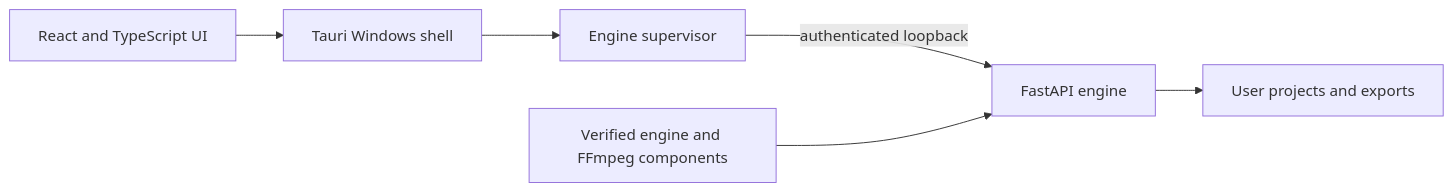
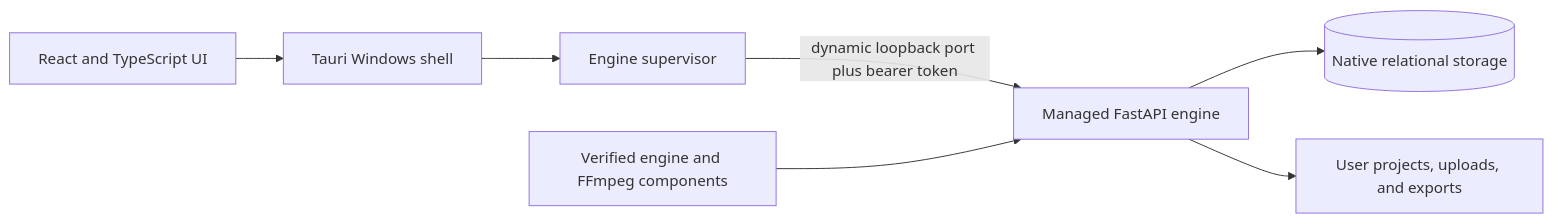
Before and after one commit to desanv01/ai-video-editor-desktop-v2: the diagram in README.md, drawn with Mermaid. The commit also changed other lines of this file, not shown here.

````diff
--- a/README.md
+++ b/README.md
@@ -52,8 +36,9 @@
-```mermaid
+~~~mermaid
 flowchart LR
     UI[React and TypeScript UI] --> Shell[Tauri Windows shell]
     Shell --> Supervisor[Engine supervisor]
-    Supervisor -->|authenticated loopback| Engine[FastAPI engine]
-    Engine --> Projects[User projects and exports]
+    Supervisor -->|dynamic loopback port plus bearer token| Engine[Managed FastAPI engine]
     Components[Verified engine and FFmpeg components] --> Engine
-```
+    Engine --> DB[(Native relational storage)]
+    Engine --> Media[User projects, uploads, and exports]
+~~~
````
